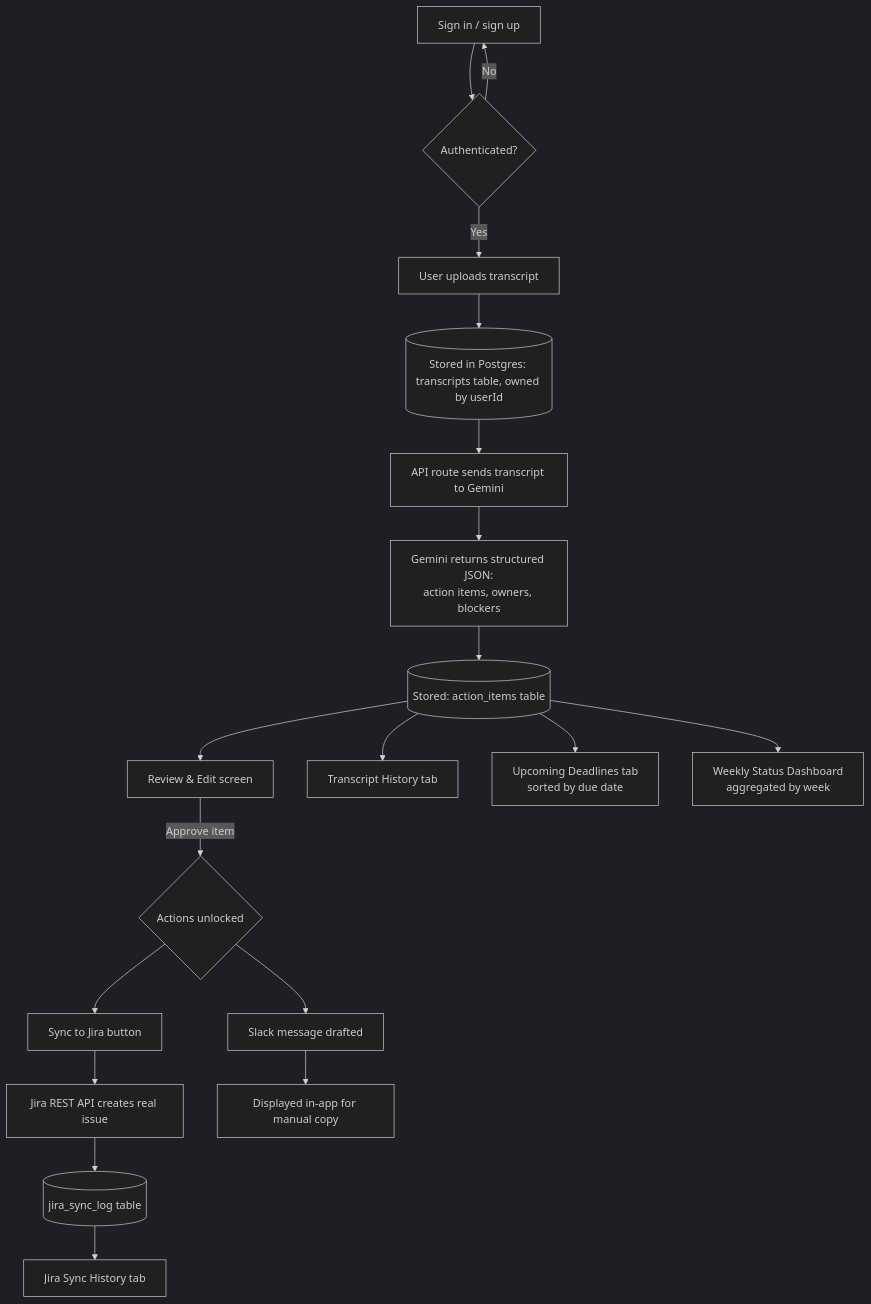
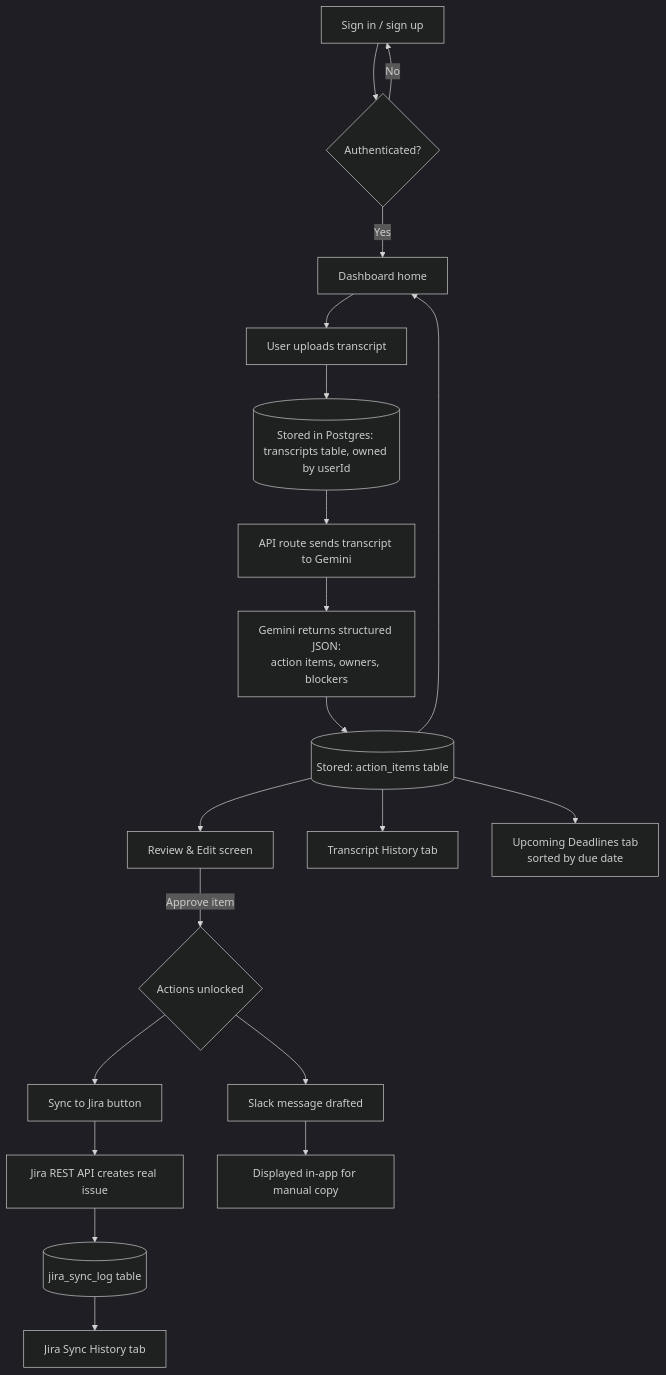
Before and after one commit to sauravhippargi/syncpm: the diagram in architecture.md, drawn with Mermaid (dark theme). The commit also changed other lines of this file and 16 other files, not shown here.

First line of the commit message:
Add persistent sidebar shell and Dashboard home page

````diff
--- a/architecture.md
+++ b/architecture.md
@@ -18,21 +18,22 @@
 ```mermaid
 flowchart TD
     Z[Sign in / sign up] --> Z2{Authenticated?}
     Z2 -->|No| Z
-    Z2 -->|Yes| A[User uploads transcript]
+    Z2 -->|Yes| Dash[Dashboard home]
+    Dash --> A[User uploads transcript]
     A --> B[(Stored in Postgres: transcripts table, owned by userId)]
     B --> C[API route sends transcript to Gemini]
     C --> D[Gemini returns structured JSON:\naction items, owners, blockers]
     D --> E[(Stored: action_items table)]
     E --> F[Review & Edit screen]
     F -->|Approve item| G{Actions unlocked}
     G --> H[Sync to Jira button]
     G --> I[Slack message drafted]
     H --> J[Jira REST API creates real issue]
     J --> K[(jira_sync_log table)]
     I --> L[Displayed in-app for manual copy]
     E --> M[Transcript History tab]
     K --> N[Jira Sync History tab]
     E --> O[Upcoming Deadlines tab\nsorted by due date]
-    E --> P[Weekly Status Dashboard\naggregated by week]
+    E --> Dash
 ```
````
